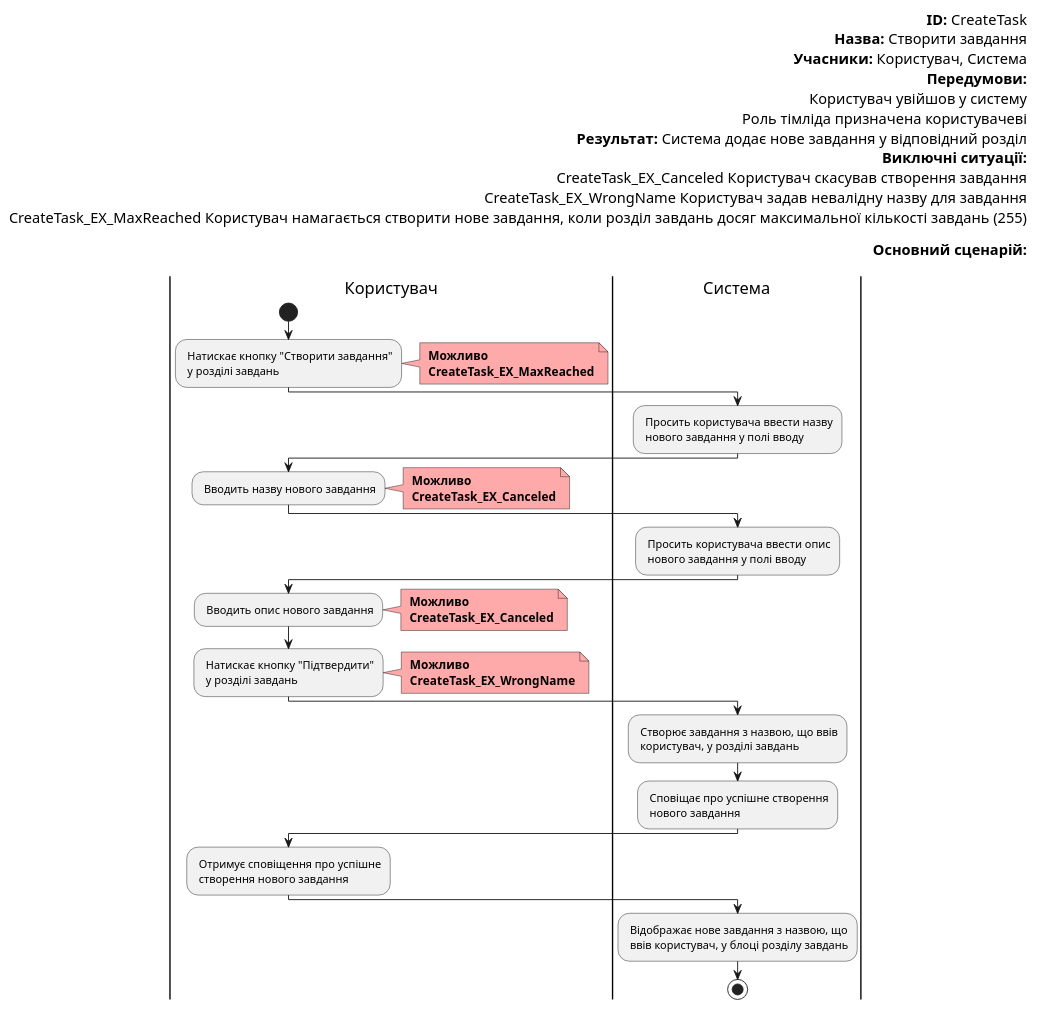
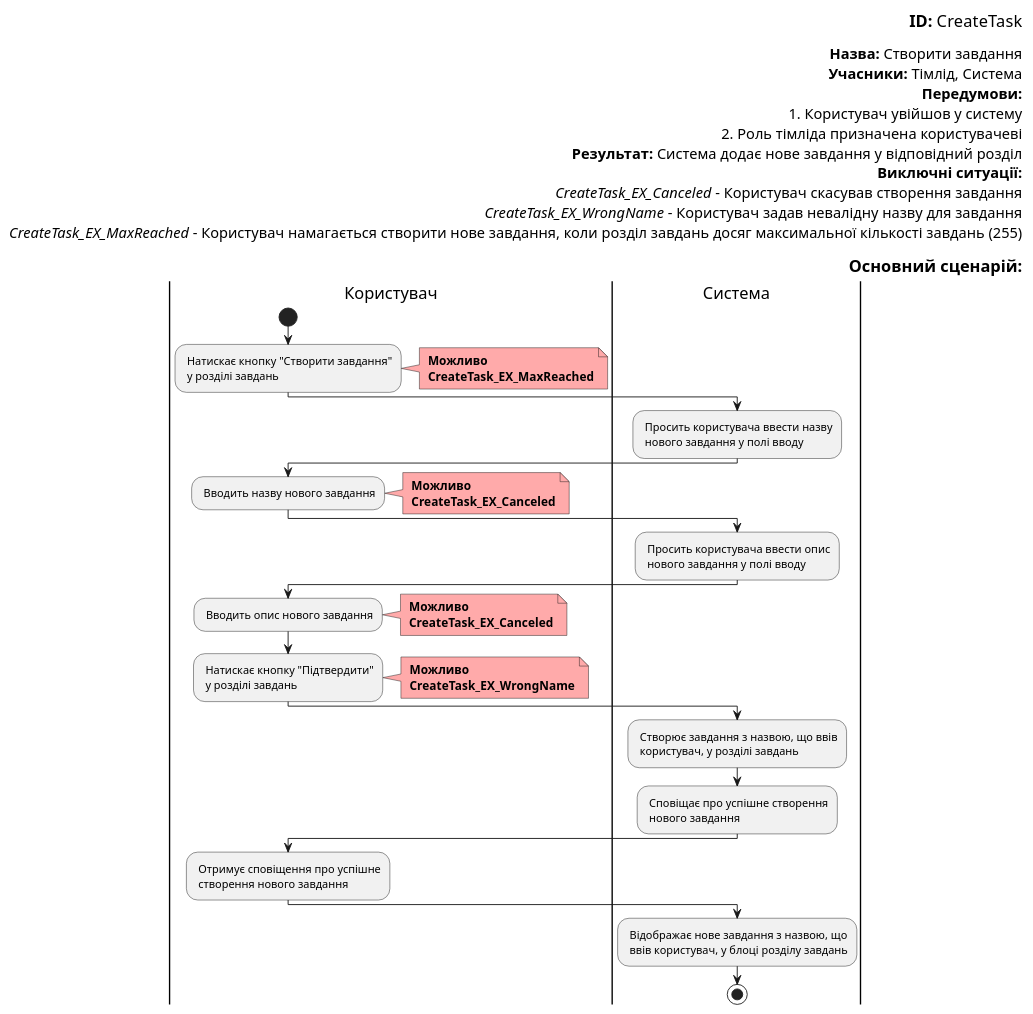
Diagram 12 of 19 in docs/use cases/README.md (boldak/edu-db-cw), drawn with PlantUML before and after one commit. The commit also changed other lines of this file, not shown here.

```diff
--- a/docs/use cases/README.md
+++ b/docs/use cases/README.md
@@ -671,68 +672,68 @@
 @startuml
 
-    left header        
-        <font color=000 size=16><b>ID:</b> CreateTask
+    right header        
+        <font color=000 size=18><b>ID:</b> CreateTask
+
         <font color=000 size=16><b>Назва:</b> Створити завдання
-        <font color=000 size=16><b>Учасники:</b> Користувач, Система
+        <font color=000 size=16><b>Учасники:</b> Тімлід, Система
         <font color=000 size=16><b>Передумови:</b>
-        <font color=000 size=16> Користувач увійшов у систему
-        <font color=000 size=16> Роль тімліда призначена користувачеві
+        <font color=000 size=16>1. Користувач увійшов у систему
+        <font color=000 size=16>2. Роль тімліда призначена користувачеві
         <font color=000 size=16><b>Результат:</b> Система додає нове завдання у відповідний розділ
         <font color=000 size=16><b>Виключні ситуації:</b>
-        <font color=000 size=16> CreateTask_EX_Canceled Користувач скасував створення завдання
-        <font color=000 size=16> CreateTask_EX_WrongName Користувач задав невалідну назву для завдання
-        <font color=000 size=16> CreateTask_EX_MaxReached Користувач намагається створити нове завдання, коли розділ завдань досяг максимальної кількості завдань (255)
+        <font color=000 size=16><i>CreateTask_EX_Canceled</i> - Користувач скасував створення завдання
+        <font color=000 size=16><i>CreateTask_EX_WrongName</i> - Користувач задав невалідну назву для завдання
+        <font color=000 size=16><i>CreateTask_EX_MaxReached</i> - Користувач намагається створити нове завдання, коли розділ завдань досяг максимальної кількості завдань (255)
         
-        <font color=000 size=16><b>Основний сценарій:</b>
-        
+        <font color=000 size=18><b>Основний сценарій:</b>
     end header
 
     |Користувач|
     start
     : Натискає кнопку "Створити завдання"\n у розділі завдань;
     note right #ffaaaa
     <b> Можливо
     <b> CreateTask_EX_MaxReached
     end note
     
     |Система|
     : Просить користувача ввести назву\n нового завдання у полі вводу;
     
     |Користувач|
     : Вводить назву нового завдання;
     note right #ffaaaa
     <b> Можливо
     <b> CreateTask_EX_Canceled
     end note
     
     |Система|
     : Просить користувача ввести опис\n нового завдання у полі вводу;
         
     |Користувач|
     : Вводить опис нового завдання;
     note right #ffaaaa
     <b> Можливо
     <b> CreateTask_EX_Canceled
     end note    
         
     |Користувач|
     : Натискає кнопку "Підтвердити"\n у розділі завдань;
     note right #ffaaaa
     <b> Можливо
     <b> CreateTask_EX_WrongName
     end note
     
     |Система|
     : Створює завдання з назвою, що ввів\n користувач, у розділі завдань;
     
     |Система|
     : Сповіщає про успішне створення\n нового завдання;
     
     |Користувач|
     : Отримує сповіщення про успішне\n створення нового завдання;
     
     |Система|
     : Відображає нове завдання з назвою, що\n ввів користувач, у блоці розділу завдань;
     stop;
 
 @enduml
```
